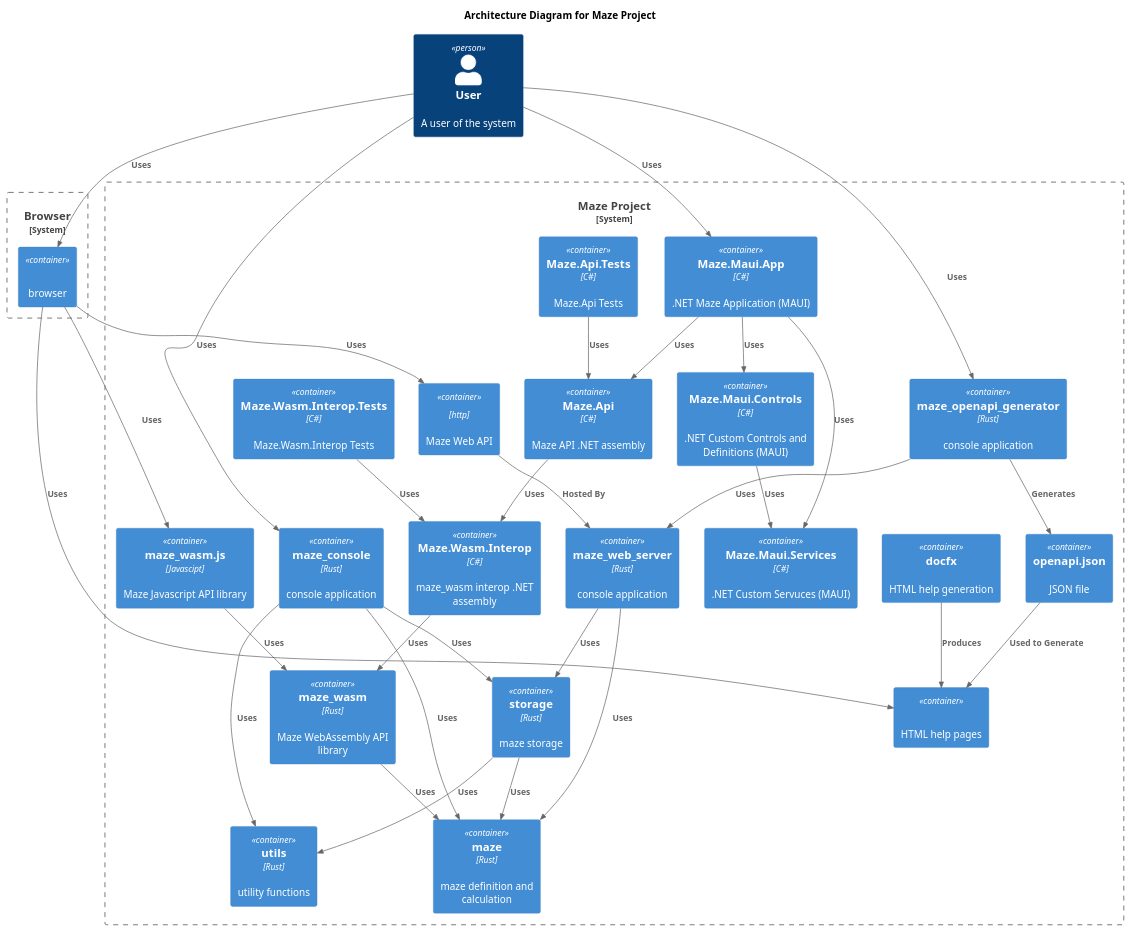
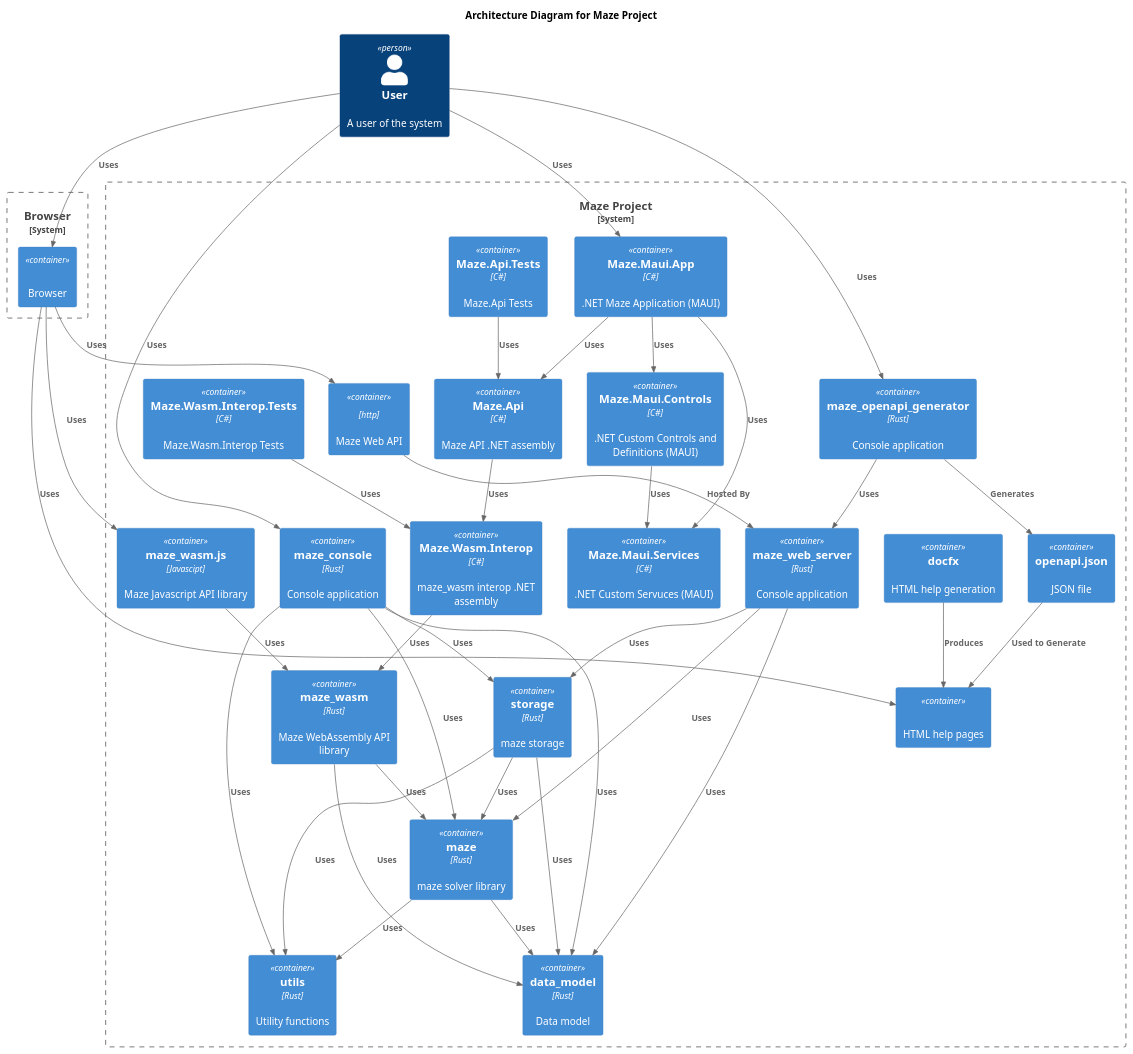
Before and after one commit to budgiedownunder/maze: the diagram in docs/diagrams/architecture.puml, drawn with PlantUML. The commit also changed 49 other files, not shown here.

Commit message:
Move model types into new 'data_model' create. Refactor errors so that each create exposes its own 'Error' type.

```diff
--- a/docs/diagrams/architecture.puml
+++ b/docs/diagrams/architecture.puml
@@ -2,65 +2,72 @@
 @startuml
 
 !include https://raw.githubusercontent.com/plantuml-stdlib/C4-PlantUML/master/C4_Container.puml
 
 title Architecture Diagram for Maze Project
 
 Person(user, "User", "A user of the system")
 
 System_Boundary(c1, "Browser") {
-    Container(browser, "", "", "browser")
+    Container(browser, "", "", "Browser")
 }
 
 System_Boundary(c2, "Maze Project") {
     Container(html_help, "", "", "HTML help pages")
+    Container(data_model, "data_model", "Rust", "Data model")
     Container(docfx, "docfx", "", "HTML help generation")
+    Container(maze, "maze", "Rust", "maze solver library")
     Container(maze_maui_app_net, "Maze.Maui.App", "C#", ".NET Maze Application (MAUI)")
     Container(maze_maui_controls_net, "Maze.Maui.Controls", "C#", ".NET Custom Controls and Definitions (MAUI)")
     Container(maze_maui_services_net, "Maze.Maui.Services", "C#", ".NET Custom Servuces (MAUI)")
     Container(maze_api_net_tests, "Maze.Api.Tests", "C#", "Maze.Api Tests")
     Container(maze_api_net, "Maze.Api", "C#", "Maze API .NET assembly")
     Container(maze_wasm_interop_net_tests, "Maze.Wasm.Interop.Tests", "C#", "Maze.Wasm.Interop Tests")
     Container(maze_wasm_interop_net, "Maze.Wasm.Interop", "C#", "maze_wasm interop .NET assembly")
     Container(maze_wasm_js, "maze_wasm.js", "Javascipt", "Maze Javascript API library")
     Container(maze_wasm, "maze_wasm", "Rust", "Maze WebAssembly API library")
-    Container(maze_console, "maze_console", "Rust", "console application")
+    Container(maze_console, "maze_console", "Rust", "Console application")
     Container(maze_web_api, "", "http", "Maze Web API")
-    Container(maze_web_server, "maze_web_server", "Rust", "console application")
-    Container(maze_openapi_generator, "maze_openapi_generator", "Rust", "console application")
+    Container(maze_web_server, "maze_web_server", "Rust", "Console application")
+    Container(maze_openapi_generator, "maze_openapi_generator", "Rust", "Console application")
     Container(openapi_json, "openapi.json", "", "JSON file")
     Container(storage, "storage", "Rust", "maze storage")
-    Container(maze, "maze", "Rust", "maze definition and calculation")
-    Container(utils, "utils", "Rust", "utility functions")
+    Container(utils, "utils", "Rust", "Utility functions")
 }
 
 Rel(user, browser, "Uses")
 Rel(browser, html_help, "Uses")
 Rel(browser, maze_wasm_js, "Uses")
 Rel(docfx, html_help, "Produces")
 Rel(user, maze_console, "Uses")
+Rel(maze_console, data_model, "Uses")
 Rel(maze_console, maze, "Uses")
 Rel(maze_console, storage, "Uses")
 Rel(maze_console, utils, "Uses")
 Rel(browser, maze_web_api, "Uses")
 Rel(maze_web_api, maze_web_server, "Hosted By")
+Rel(maze_web_server, data_model, "Uses")
 Rel(maze_web_server, maze, "Uses")
 Rel(maze_web_server, storage, "Uses")
 Rel(user, maze_openapi_generator, "Uses")
 Rel(maze_openapi_generator, maze_web_server, "Uses")
 Rel(maze_openapi_generator, openapi_json, "Generates")
 Rel(openapi_json, html_help, "Used to Generate")
 Rel(user, maze_maui_app_net, "Uses")
 Rel(maze_maui_app_net, maze_maui_controls_net, "Uses")
 Rel(maze_maui_app_net, maze_maui_services_net, "Uses")
 Rel(maze_maui_app_net, maze_api_net, "Uses")
 Rel(maze_maui_controls_net, maze_maui_services_net, "Uses")
 Rel(maze_api_net_tests, maze_api_net, "Uses")
 Rel(maze_api_net, maze_wasm_interop_net, "Uses")
 Rel(maze_wasm_interop_net_tests, maze_wasm_interop_net, "Uses")
 Rel(maze_wasm_interop_net, maze_wasm, "Uses")
 Rel(maze_wasm_js, maze_wasm, "Uses")
+Rel(maze_wasm, data_model, "Uses")
 Rel(maze_wasm, maze, "Uses")
+Rel(storage, data_model, "Uses")
 Rel(storage, maze, "Uses")
 Rel(storage, utils, "Uses")
+Rel(maze, data_model, "Uses")
+Rel(maze, utils, "Uses")
 
 @enduml
```
